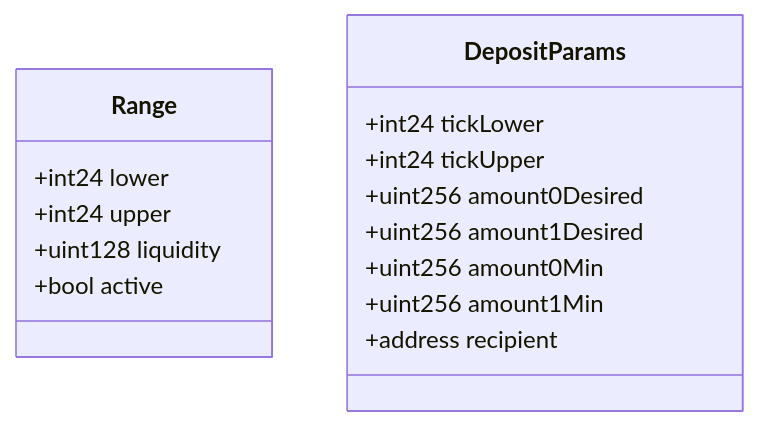
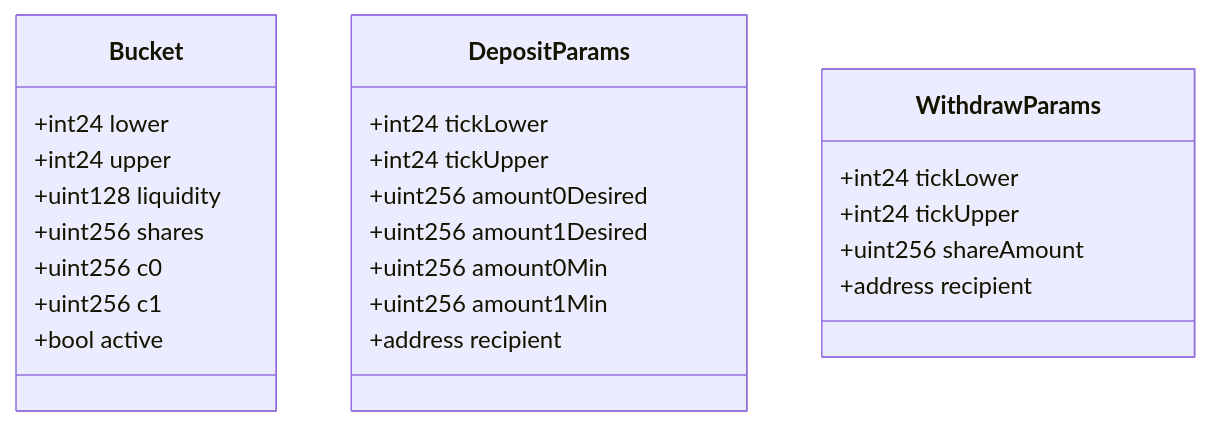
The fifth of 5 diagrams in README.md (SolidityDrone/superposition-hook-uni-v4), drawn with Mermaid before and after one commit. The commit also changed other lines of this file and 7 other files, not shown here.

First line of the commit message:
refactor!: per-range bucket accounting (one-sided limit orders, no oracle)

````diff
--- a/README.md
+++ b/README.md
@@ -380,18 +332,27 @@
 ```mermaid
 classDiagram
-    class Range {
+    class Bucket {
         +int24 lower
         +int24 upper
         +uint128 liquidity
+        +uint256 shares
+        +uint256 c0
+        +uint256 c1
         +bool active
     }
     class DepositParams {
         +int24 tickLower
         +int24 tickUpper
         +uint256 amount0Desired
         +uint256 amount1Desired
         +uint256 amount0Min
         +uint256 amount1Min
         +address recipient
     }
+    class WithdrawParams {
+        +int24 tickLower
+        +int24 tickUpper
+        +uint256 shareAmount
+        +address recipient
+    }
 ```
````
